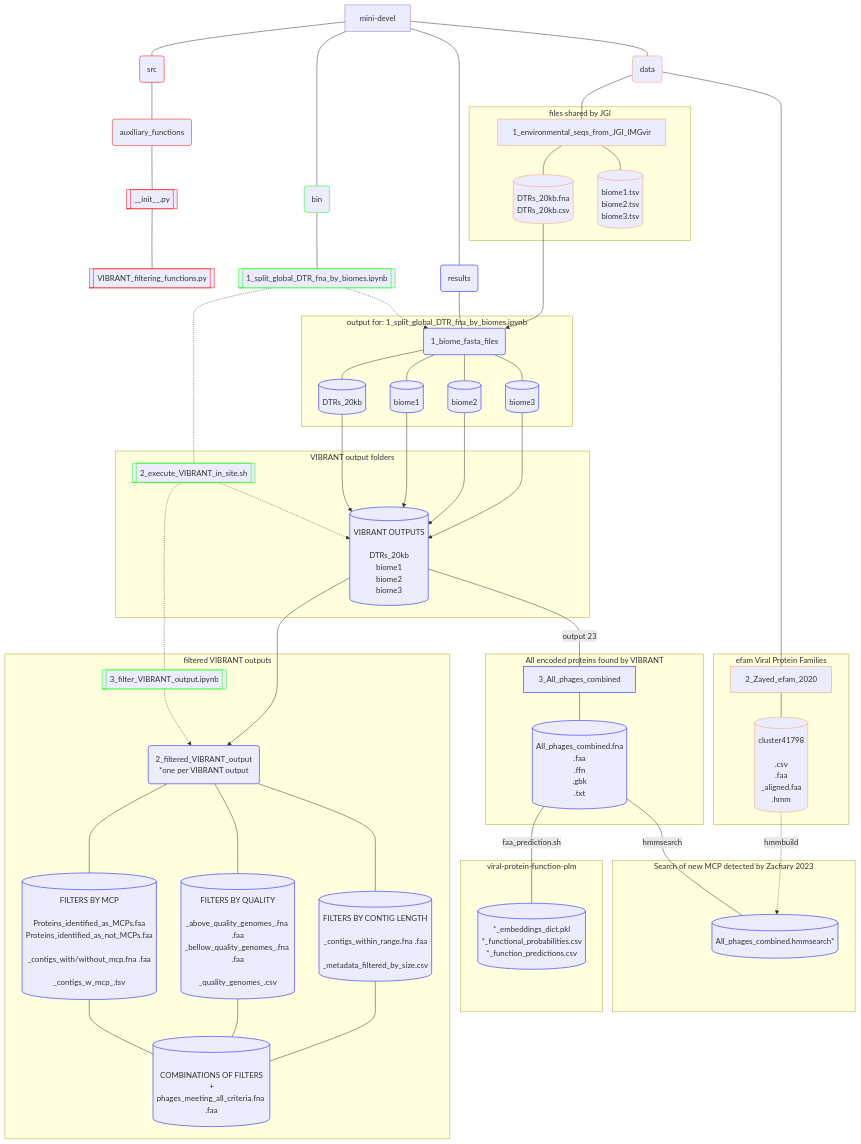
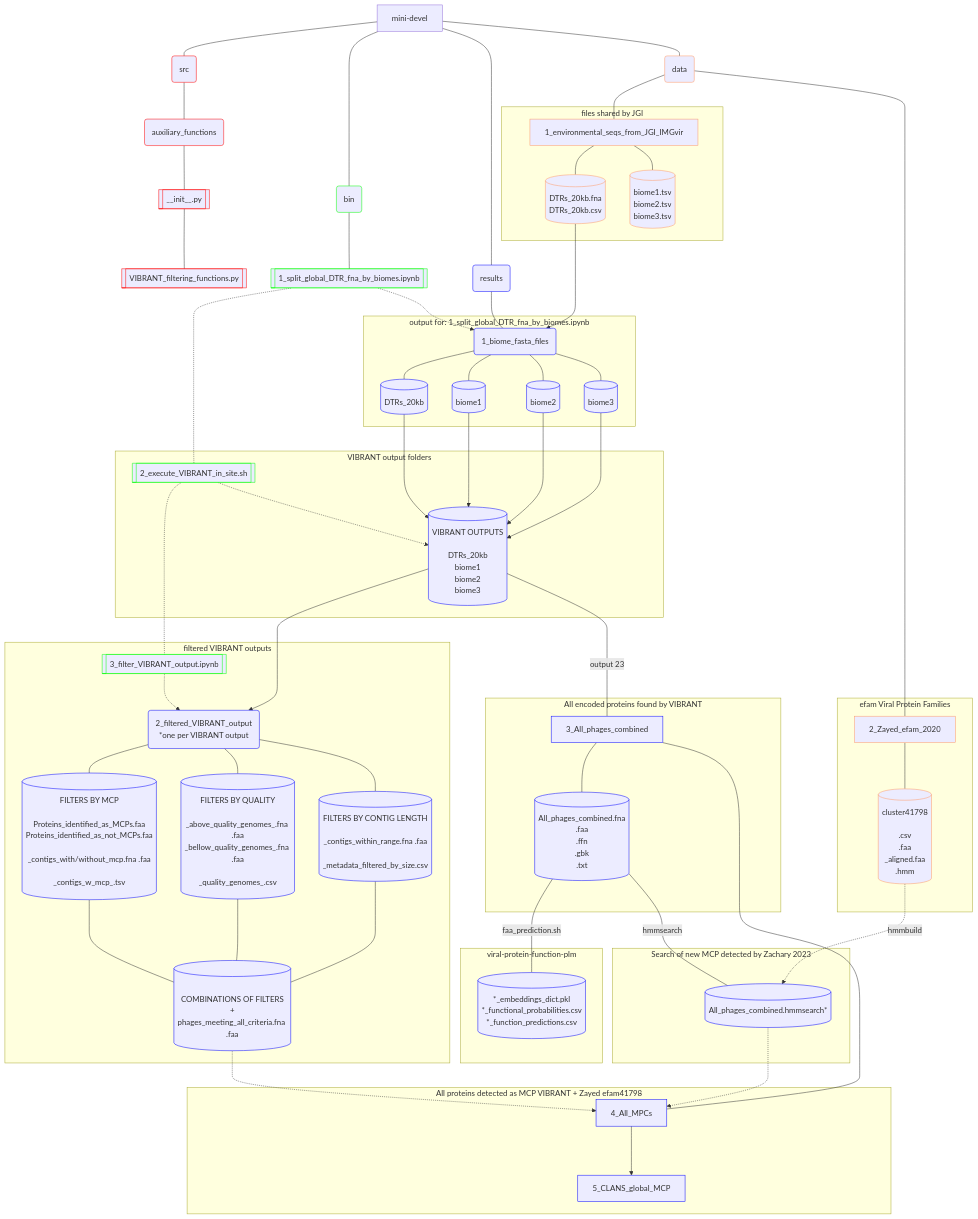
The second of 2 diagrams in README.md (abelardoaguilar/mini-devel), drawn with Mermaid before and after one commit.

Commit message:
+ CLANS in mermaid

````diff
--- a/README.md
+++ b/README.md
@@ -101,6 +101,14 @@
     cluster41798 -.-> |hmmbuild|hmm
     end
     
+    subgraph ide9 [All proteins detected as MCP VIBRANT + Zayed efam41798]
+    2_global_VIBRANT_output23 --- 4_All_MCPs[4_All_MPCs]:::results
+    hmm -.->  4_All_MCPs
+    multifilter -.-> 4_All_MCPs
+    4_All_MCPs ---> 5_CLANS_global_MCP[5_CLANS_global_MCP]:::results
+    end
+
+
     
 
 ```
````
